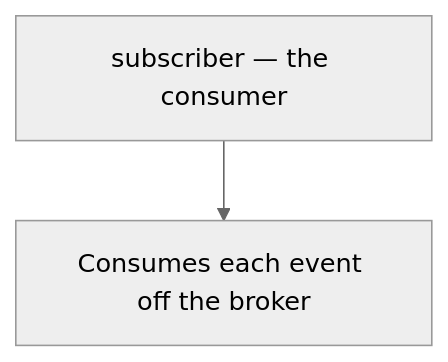
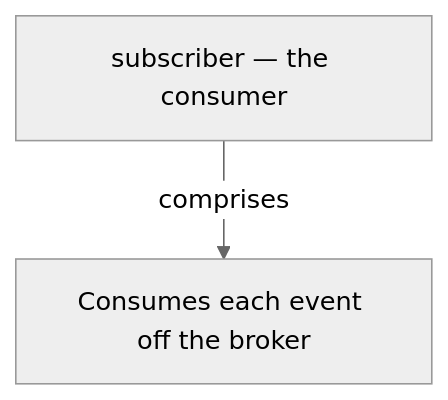
Before and after one commit to vinayakuber/microservices-io-study-guide: the seventh of 13 diagrams in docs/ch12-polling-publisher.md, drawn with Mermaid (neutral theme). The commit also changed other lines of this file and 71 other files, not shown here.

First line of the commit message:
R18: label every diagram arrow with its meaning

````diff
--- a/docs/ch12-polling-publisher.md
+++ b/docs/ch12-polling-publisher.md
@@ -209,5 +209,5 @@
 ```mermaid
 flowchart TD
   R["subscriber — the consumer"]
-  R --> P0["Consumes each event off the broker"]
+  R -->|"comprises"| P0["Consumes each event off the broker"]
 ```
````
